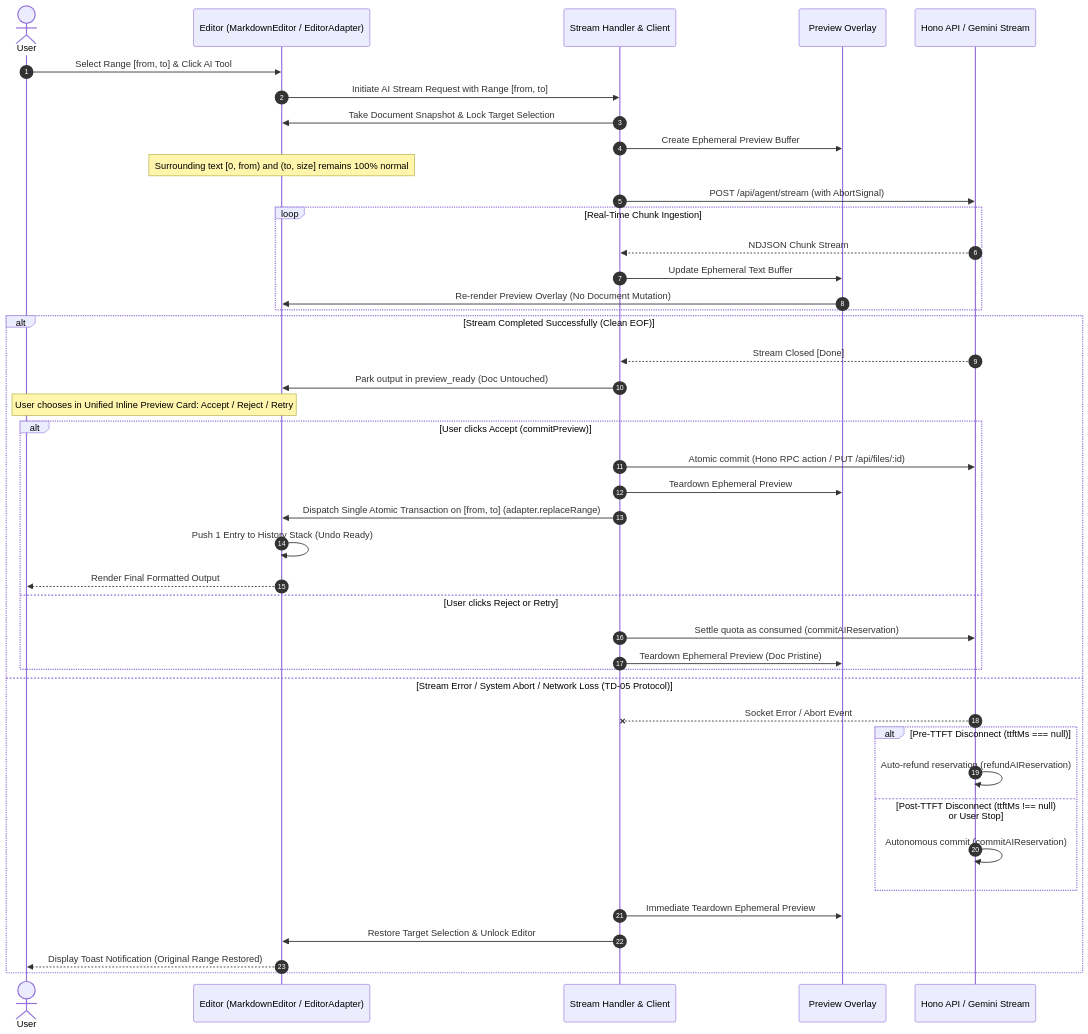
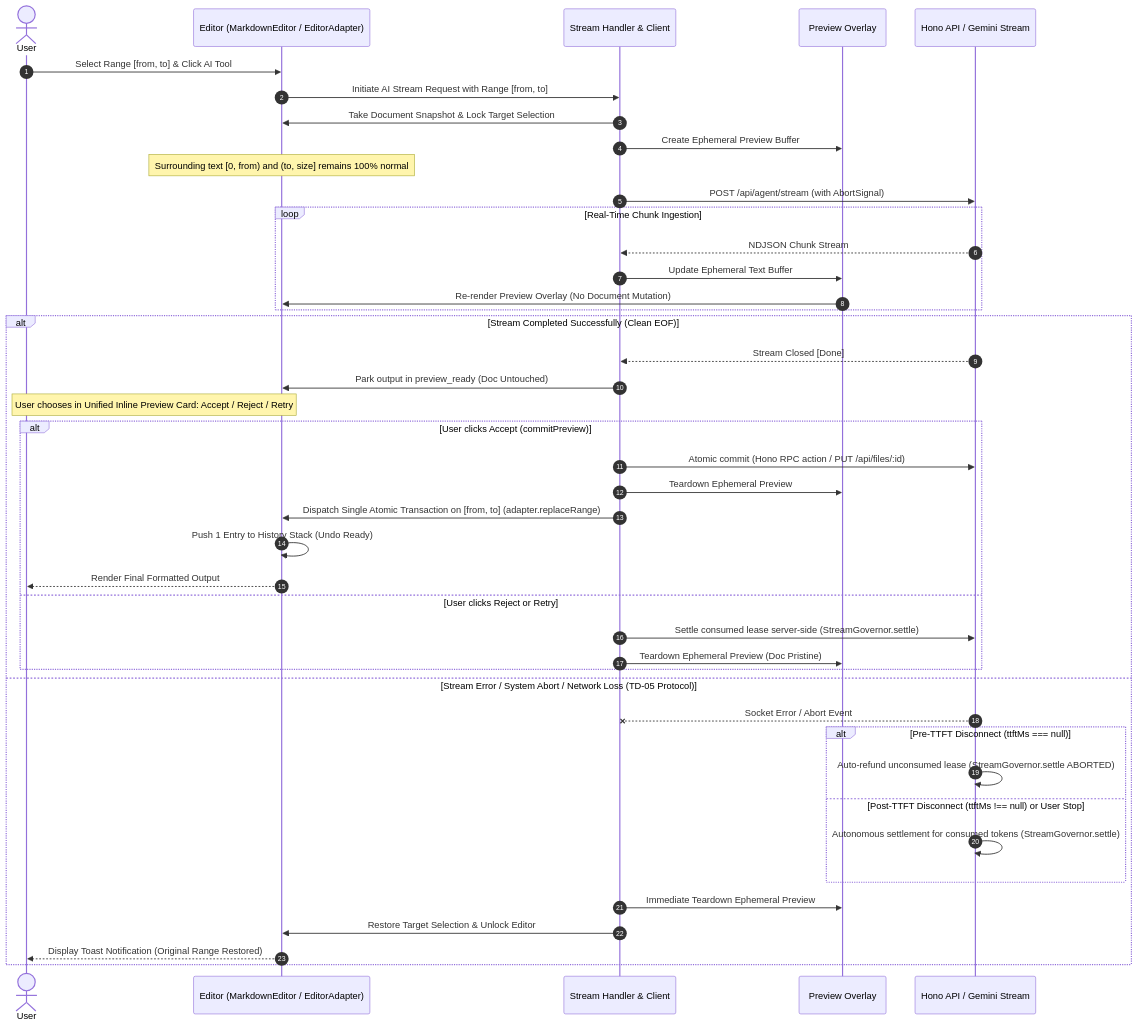
One commit to Abdullah931-stack/ELIXENT changed the first of 2 diagrams in docs/specs/ui-streaming-requirements.md. Above: the diagram before and after it, drawn with Mermaid. The commit also changed other lines of this file and 26 other files, not shown here.

````diff
--- a/docs/specs/ui-streaming-requirements.md
+++ b/docs/specs/ui-streaming-requirements.md
@@ -31,48 +31,48 @@
 ```mermaid
 sequenceDiagram
     autonumber
     actor User
     participant Editor as Editor (MarkdownEditor / EditorAdapter)
     participant StreamHandler as Stream Handler & Client
     participant GhostExt as Preview Overlay
     participant Backend as Hono API / Gemini Stream
 
     User->>Editor: Select Range [from, to] & Click AI Tool
     Editor->>StreamHandler: Initiate AI Stream Request with Range [from, to]
     StreamHandler->>Editor: Take Document Snapshot & Lock Target Selection
     StreamHandler->>GhostExt: Create Ephemeral Preview Buffer
     Note over Editor: Surrounding text [0, from) and (to, size] remains 100% normal
     StreamHandler->>Backend: POST /api/agent/stream (with AbortSignal)
     
     loop Real-Time Chunk Ingestion
         Backend-->>StreamHandler: NDJSON Chunk Stream
         StreamHandler->>GhostExt: Update Ephemeral Text Buffer
         GhostExt->>Editor: Re-render Preview Overlay (No Document Mutation)
     end
 
     alt Stream Completed Successfully (Clean EOF)
         Backend-->>StreamHandler: Stream Closed [Done]
         StreamHandler->>Editor: Park output in preview_ready (Doc Untouched)
         Note over User,Editor: User chooses in Unified Inline Preview Card: Accept / Reject / Retry
         alt User clicks Accept (commitPreview)
             StreamHandler->>Backend: Atomic commit (Hono RPC action / PUT /api/files/:id)
             StreamHandler->>GhostExt: Teardown Ephemeral Preview
             StreamHandler->>Editor: Dispatch Single Atomic Transaction on [from, to] (adapter.replaceRange)
             Editor->>Editor: Push 1 Entry to History Stack (Undo Ready)
             Editor-->>User: Render Final Formatted Output
         else User clicks Reject or Retry
-            StreamHandler->>Backend: Settle quota as consumed (commitAIReservation)
+            StreamHandler->>Backend: Settle consumed lease server-side (StreamGovernor.settle)
             StreamHandler->>GhostExt: Teardown Ephemeral Preview (Doc Pristine)
         end
     else Stream Error / System Abort / Network Loss (TD-05 Protocol)
         Backend--xStreamHandler: Socket Error / Abort Event
         alt Pre-TTFT Disconnect (ttftMs === null)
-            Backend->>Backend: Auto-refund reservation (refundAIReservation)
+            Backend->>Backend: Auto-refund unconsumed lease (StreamGovernor.settle ABORTED)
         else Post-TTFT Disconnect (ttftMs !== null) or User Stop
-            Backend->>Backend: Autonomous commit (commitAIReservation)
+            Backend->>Backend: Autonomous settlement for consumed tokens (StreamGovernor.settle)
         end
         StreamHandler->>GhostExt: Immediate Teardown Ephemeral Preview
         StreamHandler->>Editor: Restore Target Selection & Unlock Editor
         Editor-->>User: Display Toast Notification (Original Range Restored)
     end
 ```
````
